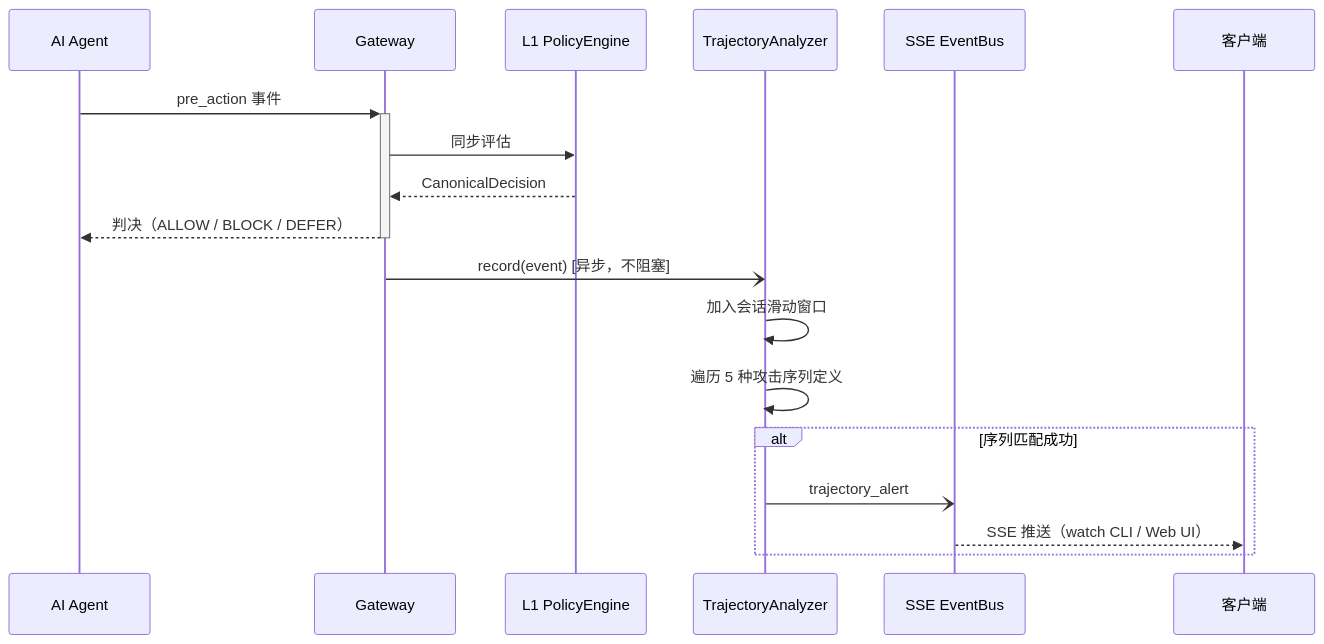
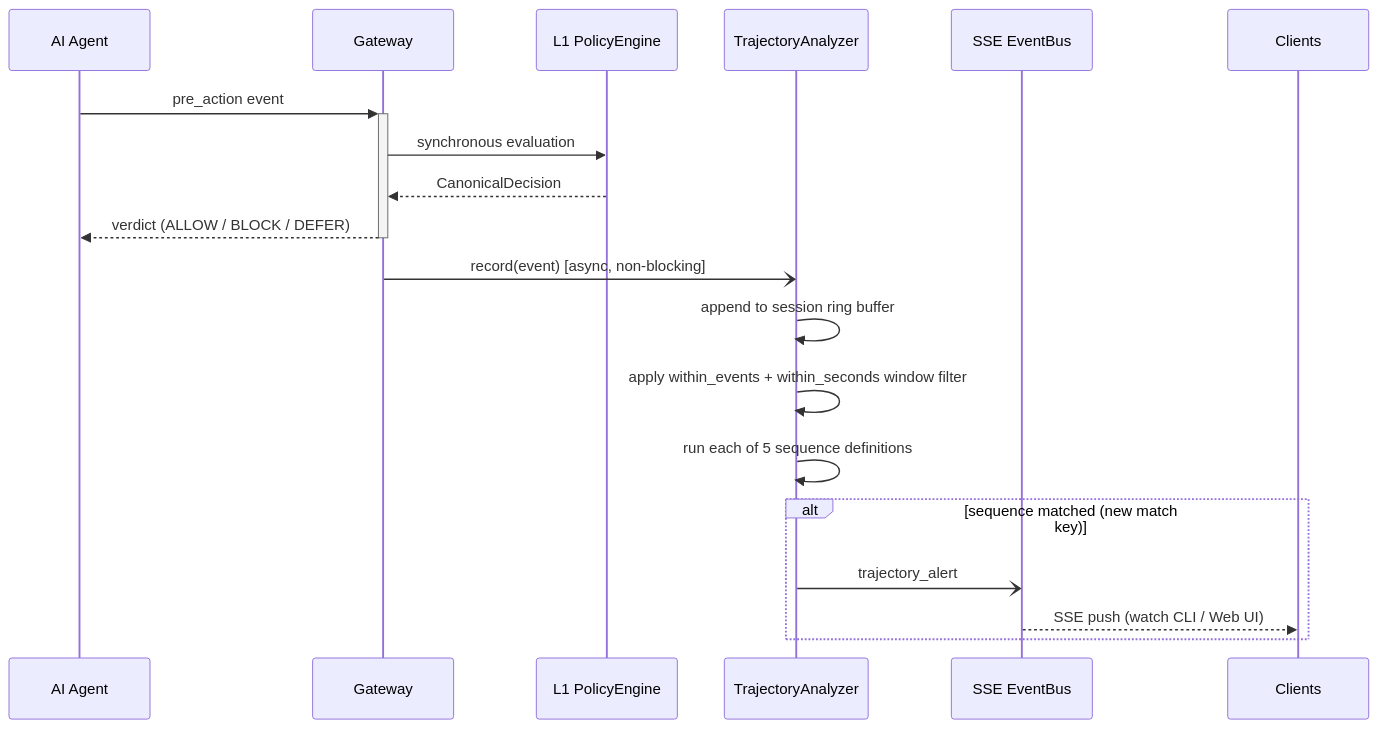
The first of 3 diagrams in site-docs/decision-layers/trajectory-analyzer.md (AI45Lab/ClawSentry), drawn with Mermaid before and after one commit. The commit also changed other lines of this file and 17 other files, not shown here.

First line of the commit message:
docs: 全站文档重构 — 中文化 + Mermaid 流程图

````diff
--- a/site-docs/decision-layers/trajectory-analyzer.md
+++ b/site-docs/decision-layers/trajectory-analyzer.md
@@ -38,21 +39,22 @@
 ```mermaid
 sequenceDiagram
-    participant A as AI Agent
+    participant Agent as AI Agent
     participant GW as Gateway
     participant L1 as L1 PolicyEngine
     participant TA as TrajectoryAnalyzer
     participant EB as SSE EventBus
 
-    A->>+GW: pre_action 事件
-    GW->>L1: 同步评估
+    Agent->>+GW: pre_action event
+    GW->>L1: synchronous evaluation
     L1-->>GW: CanonicalDecision
-    GW-->>-A: 判决（ALLOW / BLOCK / DEFER）
+    GW-->>-Agent: verdict (ALLOW / BLOCK / DEFER)
 
-    GW-)TA: record(event)  [异步，不阻塞]
-    TA->>TA: 加入会话滑动窗口
-    TA->>TA: 遍历 5 种攻击序列定义
-    alt 序列匹配成功
+    GW-)TA: record(event)  [async, non-blocking]
+    TA->>TA: append to session ring buffer
+    TA->>TA: apply within_events + within_seconds window filter
+    TA->>TA: run each of 5 sequence definitions
+    alt sequence matched (new match key)
         TA-)EB: trajectory_alert
-        EB-->>客户端: SSE 推送（watch CLI / Web UI）
+        EB-->>Clients: SSE push (watch CLI / Web UI)
     end
 ```
````
